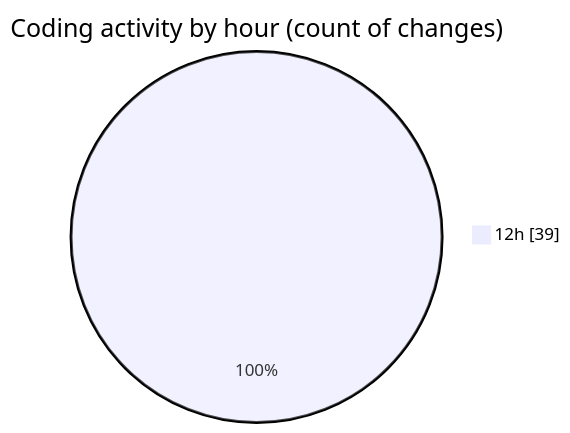
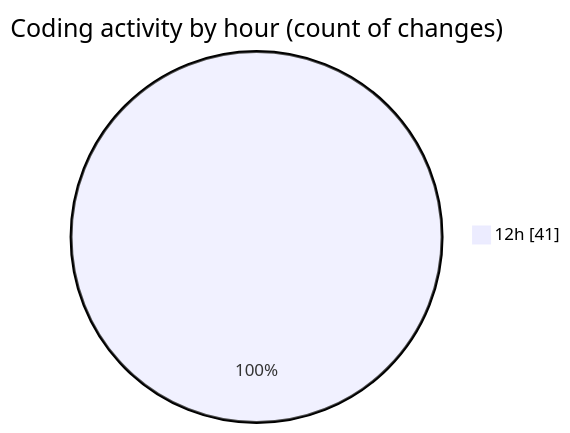
The second of 2 diagrams in 2025-12-02/cda/README.md (momahboobian/code-tracking), drawn with Mermaid before and after one commit. The commit also changed other lines of this file and 1 other file, not shown here.

````diff
--- a/2025-12-02/cda/README.md
+++ b/2025-12-02/cda/README.md
@@ -32,5 +32,5 @@
 ```mermaid
 pie showData
 title Coding activity by hour (count of changes)
-"12h" : 39
+"12h" : 41
 ```
````
